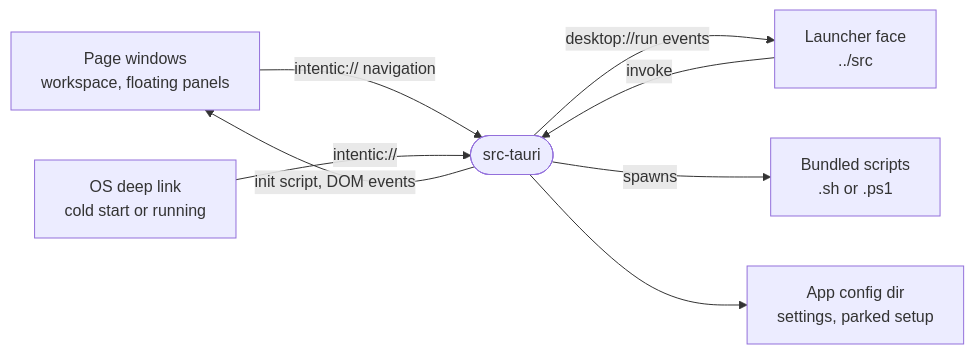
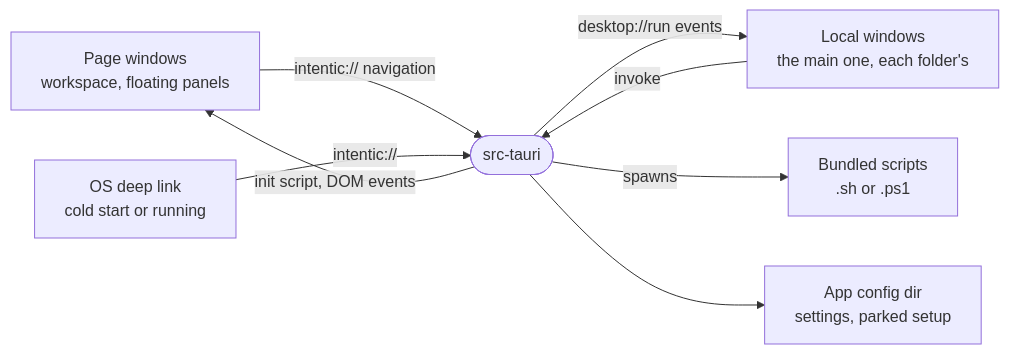
The diagram in _editor/desktop-app/src-tauri/README.md (intentic/intentic), drawn with Mermaid before and after one commit. The commit also changed other lines of this file and 81 other files, not shown here.

First line of the commit message:
feat(desktop): replace launcher with LocalShell on folder and DeviceView in rail

````diff
--- a/_editor/desktop-app/src-tauri/README.md
+++ b/_editor/desktop-app/src-tauri/README.md
@@ -5,10 +5,10 @@
 ```mermaid
 flowchart LR
     pages["Page windows<br/>workspace, floating panels"] -->|"intentic:// navigation"| crate(["src-tauri"])
     os["OS deep link<br/>cold start or running"] -->|"intentic://"| crate
-    launcher["Launcher face<br/>../src"] -->|"invoke"| crate
-    crate -->|"desktop://run events"| launcher
+    local["Local windows<br/>the main one, each folder's"] -->|"invoke"| crate
+    crate -->|"desktop://run events"| local
     crate -->|"spawns"| scripts["Bundled scripts<br/>.sh or .ps1"]
     crate -->|"init script, DOM events"| pages
     crate --> config["App config dir<br/>settings, parked setup"]
 ```
````
